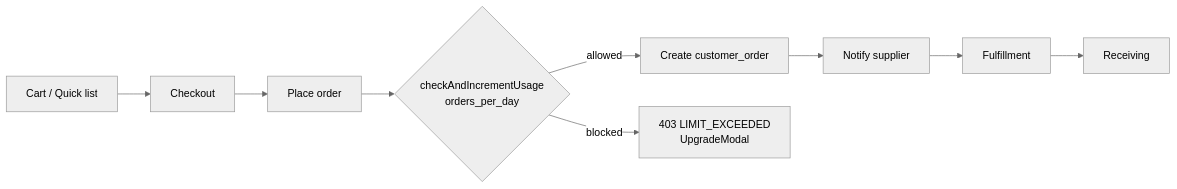
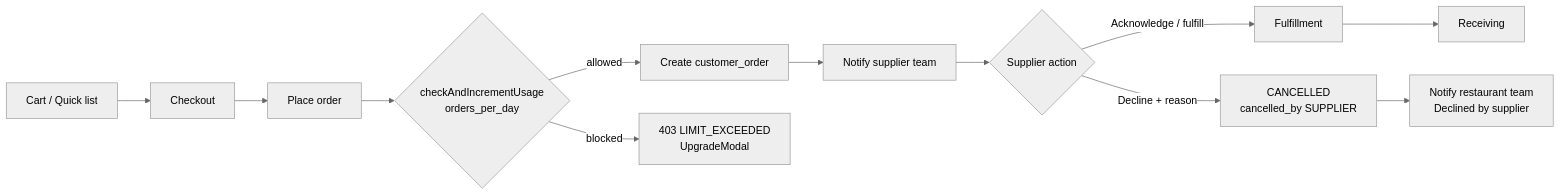
Before and after one commit to ghadimdallaldev/supplify_erp: the diagram in docs/blueprint/workflows/order_flow.mmd, drawn with Mermaid (neutral theme). The commit also changed 62 other files, not shown here.

First line of the commit message:
feat(disputes): disputes flow, receiving integration, and replacement orders

```diff
--- a/docs/blueprint/workflows/order_flow.mmd
+++ b/docs/blueprint/workflows/order_flow.mmd
@@ -1,9 +1,12 @@
 flowchart LR
   A[Cart / Quick list] --> B[Checkout]
   B --> C[Place order]
   C --> D{checkAndIncrementUsage\norders_per_day}
   D -->|allowed| E[Create customer_order]
   D -->|blocked| F[403 LIMIT_EXCEEDED\nUpgradeModal]
-  E --> G[Notify supplier]
-  G --> H[Fulfillment]
-  H --> I[Receiving]
+  E --> G[Notify supplier team]
+  G --> H{Supplier action}
+  H -->|Acknowledge / fulfill| I[Fulfillment]
+  H -->|Decline + reason| J[CANCELLED\ncancelled_by SUPPLIER]
+  J --> K[Notify restaurant team\nDeclined by supplier]
+  I --> L[Receiving]
```
